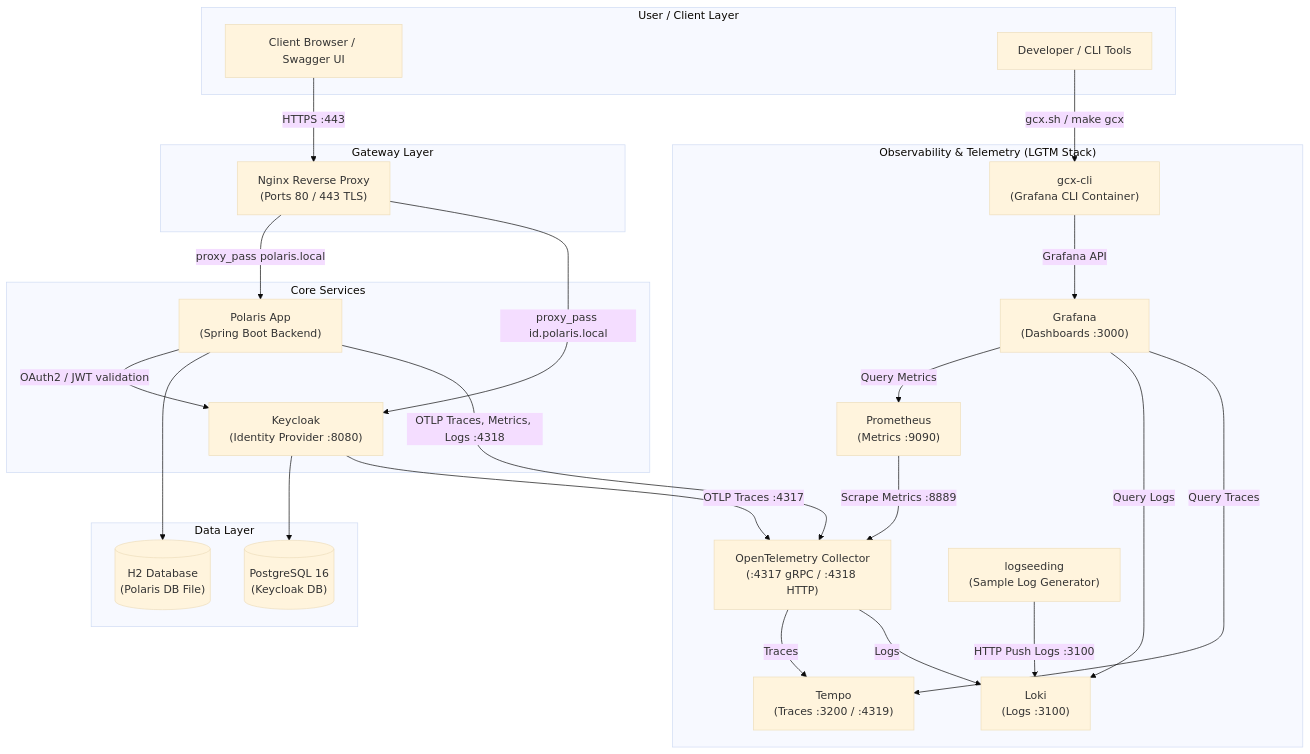
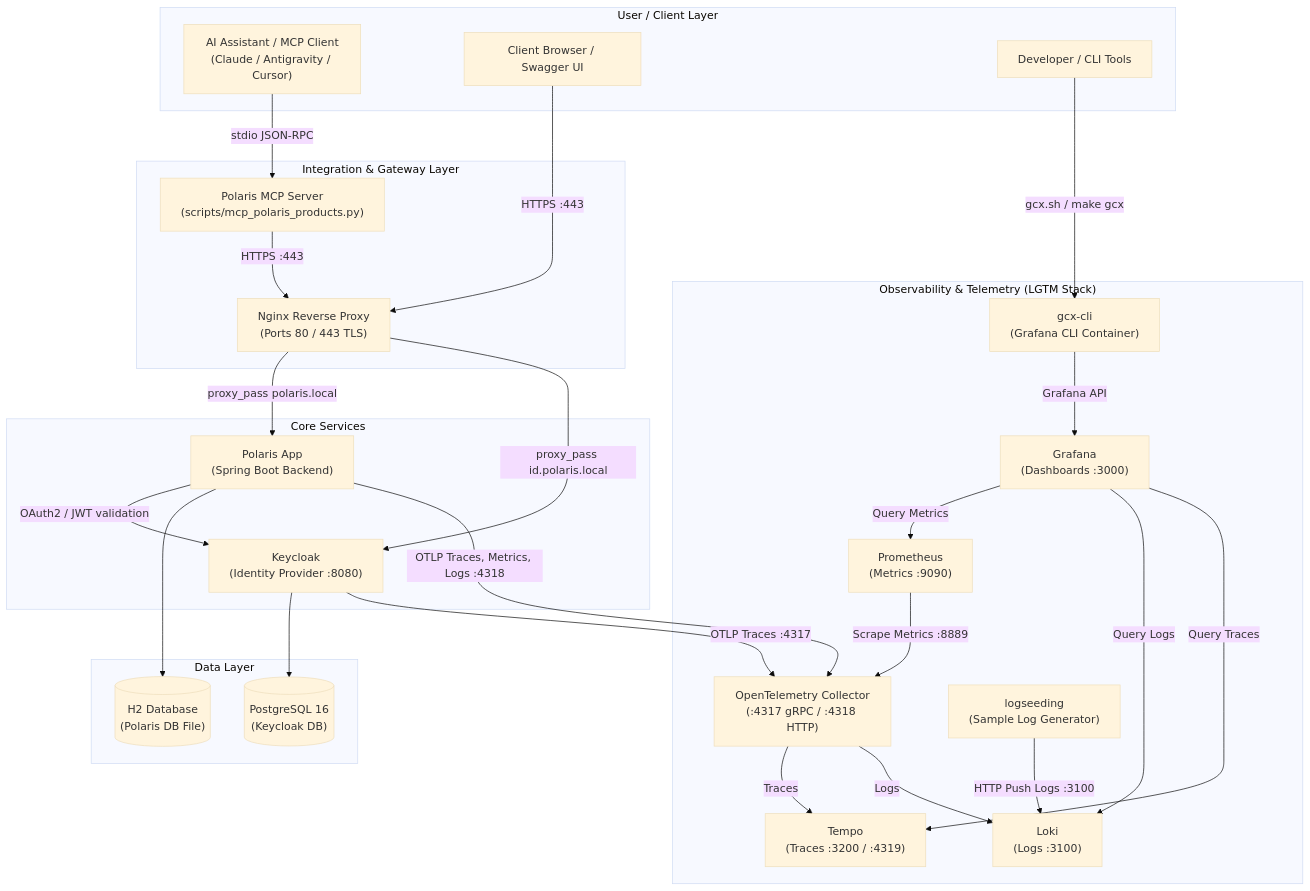
The diagram in src/java/03-Polaris/README.md (vungdv/hometask1), drawn with Mermaid (base theme) before and after one commit. The commit also changed other lines of this file, not shown here.

Commit message:
chore(docs): update readme to reflect final architecture.

````diff
--- a/src/java/03-Polaris/README.md
+++ b/src/java/03-Polaris/README.md
@@ -18,53 +18,57 @@
 ```mermaid
 flowchart TB
     subgraph L1["User / Client Layer"]
+        AIAgent["AI Assistant / MCP Client<br/>(Claude / Antigravity / Cursor)"]
         Browser["Client Browser / Swagger UI"]
         DevCLI["Developer / CLI Tools"]
     end
 
-    subgraph L2["Gateway Layer"]
+    subgraph L2["Integration & Gateway Layer"]
+        MCPServer["Polaris MCP Server<br/>(scripts/mcp_polaris_products.py)"]
         Nginx["Nginx Reverse Proxy<br/>(Ports 80 / 443 TLS)"]
     end
 
     subgraph L3["Core Services"]
         App["Polaris App<br/>(Spring Boot Backend)"]
         Keycloak["Keycloak<br/>(Identity Provider :8080)"]
     end
 
     subgraph L4["Data Layer"]
         H2[("H2 Database<br/>(Polaris DB File)")]
         Postgres[("PostgreSQL 16<br/>(Keycloak DB)")]
     end
 
     subgraph L5["Observability & Telemetry (LGTM Stack)"]
         OTel["OpenTelemetry Collector<br/>(:4317 gRPC / :4318 HTTP)"]
         Tempo["Tempo<br/>(Traces :3200 / :4319)"]
         Loki["Loki<br/>(Logs :3100)"]
         Prometheus["Prometheus<br/>(Metrics :9090)"]
         Grafana["Grafana<br/>(Dashboards :3000)"]
         LogSeeder["logseeding<br/>(Sample Log Generator)"]
         GCX["gcx-cli<br/>(Grafana CLI Container)"]
     end
 
     Browser -->|HTTPS :443| Nginx
+    AIAgent -->|stdio JSON-RPC| MCPServer
+    MCPServer -->|HTTPS :443| Nginx
     Nginx -->|proxy_pass polaris.local| App
     Nginx -->|proxy_pass id.polaris.local| Keycloak
     App -->|OAuth2 / JWT validation| Keycloak
     App --> H2
     Keycloak --> Postgres
 
     %% Telemetry flows
     App -->|OTLP Traces, Metrics, Logs :4318| OTel
     Keycloak -->|OTLP Traces :4317| OTel
     OTel -->|Traces| Tempo
     OTel -->|Logs| Loki
     Prometheus -->|Scrape Metrics :8889| OTel
 
     %% Visualization & Utilities
     Grafana -->|Query Metrics| Prometheus
     Grafana -->|Query Logs| Loki
     Grafana -->|Query Traces| Tempo
     LogSeeder -->|HTTP Push Logs :3100| Loki
     DevCLI -->|gcx.sh / make gcx| GCX
     GCX -->|Grafana API| Grafana
 ```
````
